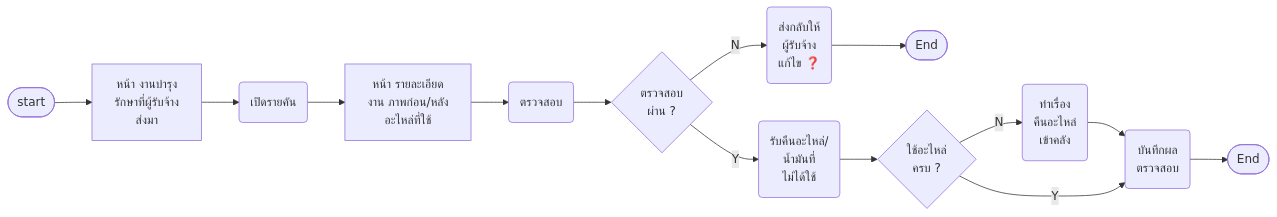
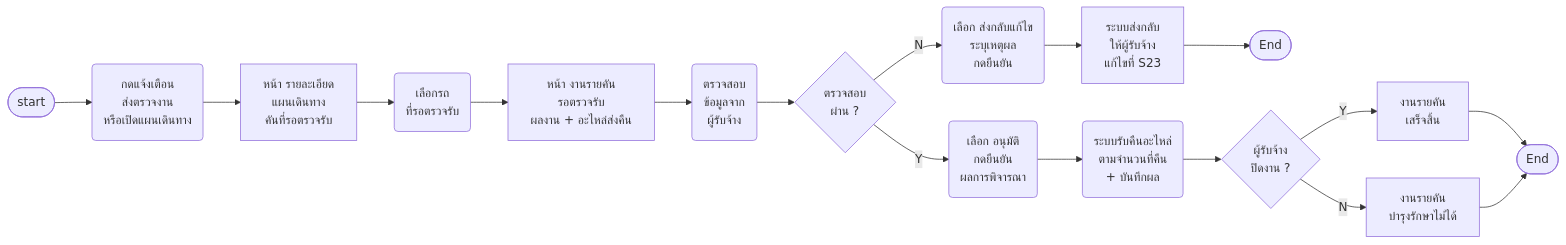
Before and after one commit to anugmail/Maintenance-Request-Form: the ninth of 21 diagrams in Diagram/01-บำรุงรักษาตามวาระ/14-บำรุงรักษา-userflow.md, drawn with Mermaid. The commit also changed other lines of this file and 24 other files, not shown here.

First line of the commit message:
บำรุงรักษา: S10 กบค. / S23 ผู้รับจ้าง (แยก view · ส่งตรวจงาน · เพิ่ม แก้ไข ลบ อะไหล่และภาพ) · S11 ตรวจรับรายคันแบบการ์ด S2 · use case 76 ข้อ + ตาม scenario · export ทั้งชุดลงหน้า Maintainance

````diff
--- a/Diagram/01-บำรุงรักษาตามวาระ/14-บำรุงรักษา-userflow.md
+++ b/Diagram/01-บำรุงรักษาตามวาระ/14-บำรุงรักษา-userflow.md
@@ -411,17 +484,21 @@
 ```mermaid
 flowchart LR
-    S([start]) --> D1["หน้า งานบำรุง<br/>รักษาที่ผู้รับจ้าง<br/>ส่งมา"]
-    D1 --> A1("เปิดรายคัน")
-    A1 --> D2["หน้า รายละเอียด<br/>งาน ภาพก่อน/หลัง<br/>อะไหล่ที่ใช้"]
-    D2 --> A2("ตรวจสอบ")
+    S([start]) --> A0("กดแจ้งเตือน<br/>ส่งตรวจงาน<br/>หรือเปิดแผนเดินทาง")
+    A0 --> D1["หน้า รายละเอียด<br/>แผนเดินทาง<br/>คันที่รอตรวจรับ"]
+    D1 --> A1("เลือกรถ<br/>ที่รอตรวจรับ")
+    A1 --> D2["หน้า งานรายคัน<br/>รอตรวจรับ<br/>ผลงาน + อะไหล่ส่งคืน"]
+    D2 --> A2("ตรวจสอบ<br/>ข้อมูลจาก<br/>ผู้รับจ้าง")
     A2 --> Q1{"ตรวจสอบ<br/>ผ่าน ?"}
-    Q1 -->|N| A3("ส่งกลับให้<br/>ผู้รับจ้าง<br/>แก้ไข ❓")
-    A3 --> E1([End])
-    Q1 -->|Y| A4("รับคืนอะไหล่/<br/>น้ำมันที่<br/>ไม่ได้ใช้")
-    A4 --> Q2{"ใช้อะไหล่<br/>ครบ ?"}
-    Q2 -->|N| A5("ทำเรื่อง<br/>คืนอะไหล่<br/>เข้าคลัง")
-    A5 --> A6("บันทึกผล<br/>ตรวจสอบ")
-    Q2 -->|Y| A6
-    A6 --> E([End])
-    %% Q: A3 | Q20 ❓ ตรวจสอบไม่ผ่าน ส่งกลับผู้รับจ้างยังไง (บอร์ดมีทาง "ไม่" แต่ไม่มีปลายทาง)
+    Q1 -->|Y| A4("เลือก อนุมัติ<br/>กดยืนยัน<br/>ผลการพิจารณา")
+    Q1 -->|N| A3("เลือก ส่งกลับแก้ไข<br/>ระบุเหตุผล<br/>กดยืนยัน")
+    A3 --> D3["ระบบส่งกลับ<br/>ให้ผู้รับจ้าง<br/>แก้ไขที่ S23"]
+    D3 --> E1([End])
+    A4 --> A6("ระบบรับคืนอะไหล่<br/>ตามจำนวนที่คืน<br/>+ บันทึกผล")
+    A6 --> Q2{"ผู้รับจ้าง<br/>ปิดงาน ?"}
+    Q2 -->|Y| D4["งานรายคัน<br/>เสร็จสิ้น"]
+    Q2 -->|N| D5["งานรายคัน<br/>บำรุงรักษาไม่ได้"]
+    D4 --> E([End])
+    D5 --> E
+    %% Q: A6 | Q41 ❓ อะไหล่ที่รับคืนกลับเข้าคลังทางไหน (ระบบจองอะไหล่ Q9) หรือยกไปใช้ไตรมาสถัดไป
+    %% Q: D1 | Q50 ❓ จนท. กบค. ที่ตรวจรับคือใคร ผู้สร้างแผนเดินทาง หรือ กบค. คนใดก็ได้ในหน่วย
 ```
````
